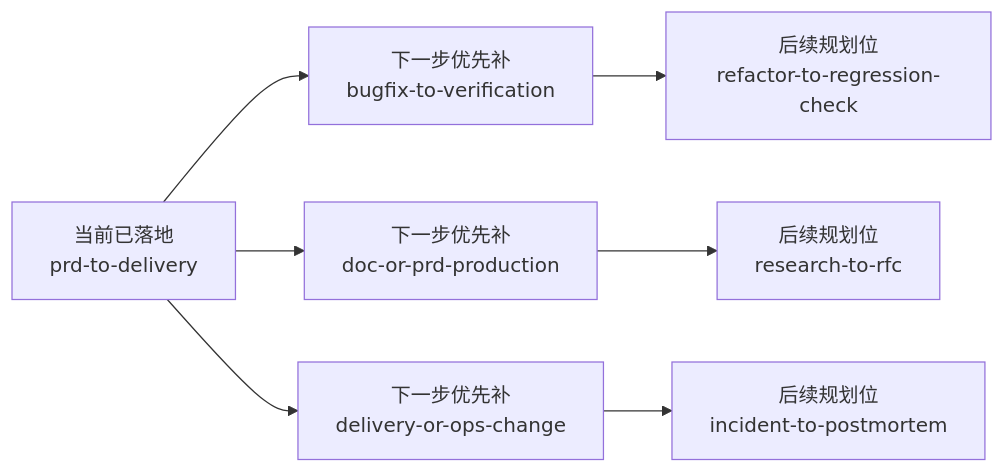
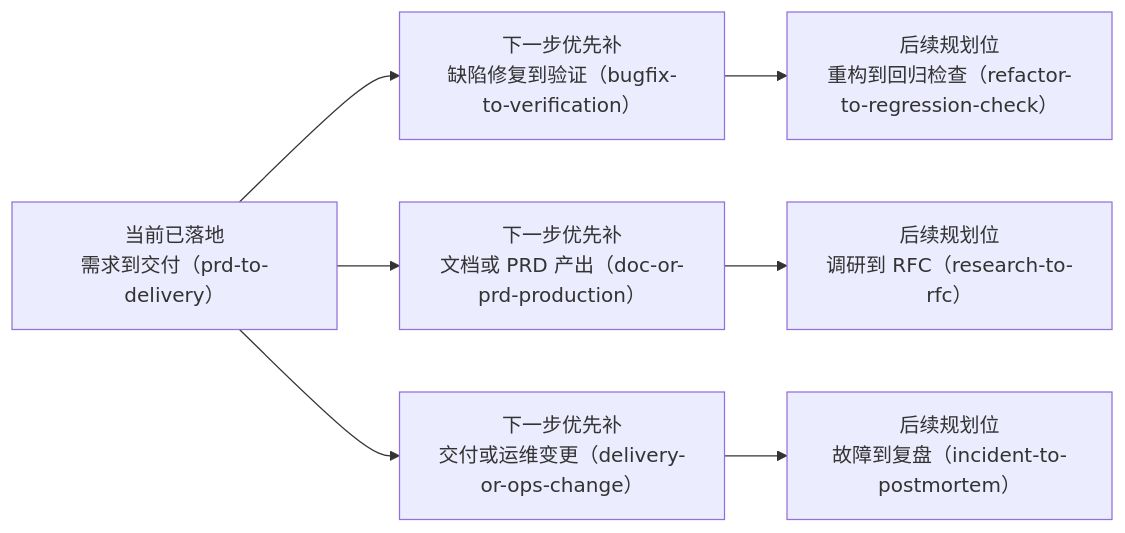
Before and after one commit to Colouful/br-ai-spec: the fourth of 4 diagrams in docs/paser_three/开发人员规范化开发实践-流程图版.md, drawn with Mermaid. The commit also changed other lines of this file and 16 other files, not shown here.

````diff
--- a/docs/paser_three/开发人员规范化开发实践-流程图版.md
+++ b/docs/paser_three/开发人员规范化开发实践-流程图版.md
@@ -207,9 +250,9 @@
 ```mermaid
 flowchart LR
-    A["当前已落地<br/>prd-to-delivery"] --> B["下一步优先补<br/>bugfix-to-verification"]
-    A --> C["下一步优先补<br/>doc-or-prd-production"]
-    A --> D["下一步优先补<br/>delivery-or-ops-change"]
-    B --> E["后续规划位<br/>refactor-to-regression-check"]
-    C --> F["后续规划位<br/>research-to-rfc"]
-    D --> G["后续规划位<br/>incident-to-postmortem"]
+    A["当前已落地<br/>需求到交付（prd-to-delivery）"] --> B["下一步优先补<br/>缺陷修复到验证（bugfix-to-verification）"]
+    A --> C["下一步优先补<br/>文档或 PRD 产出（doc-or-prd-production）"]
+    A --> D["下一步优先补<br/>交付或运维变更（delivery-or-ops-change）"]
+    B --> E["后续规划位<br/>重构到回归检查（refactor-to-regression-check）"]
+    C --> F["后续规划位<br/>调研到 RFC（research-to-rfc）"]
+    D --> G["后续规划位<br/>故障到复盘（incident-to-postmortem）"]
 ```
````
